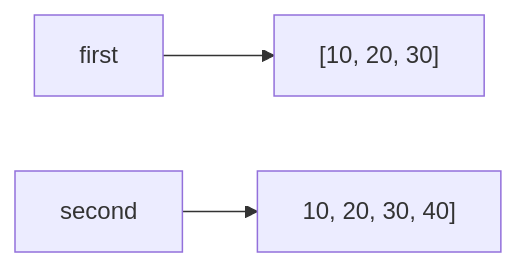
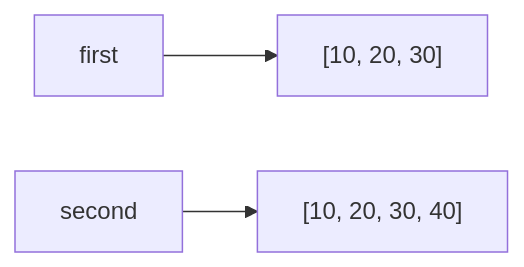
Before and after one commit to svetbuslowa/fai_topit_fundamentals_of_programming: the second of 2 diagrams in solutions/lab_02/REPORT.md, drawn with Mermaid. The commit also changed other lines of this file, not shown here.

````diff
--- a/solutions/lab_02/REPORT.md
+++ b/solutions/lab_02/REPORT.md
@@ -81,5 +77,5 @@
 ```mermaid
 graph LR
     A[first] --> C["[10, 20, 30]"]
-    B[second] --> D["10, 20, 30, 40]"]
+    B[second] --> D["[10, 20, 30, 40]"]
 ```
````
